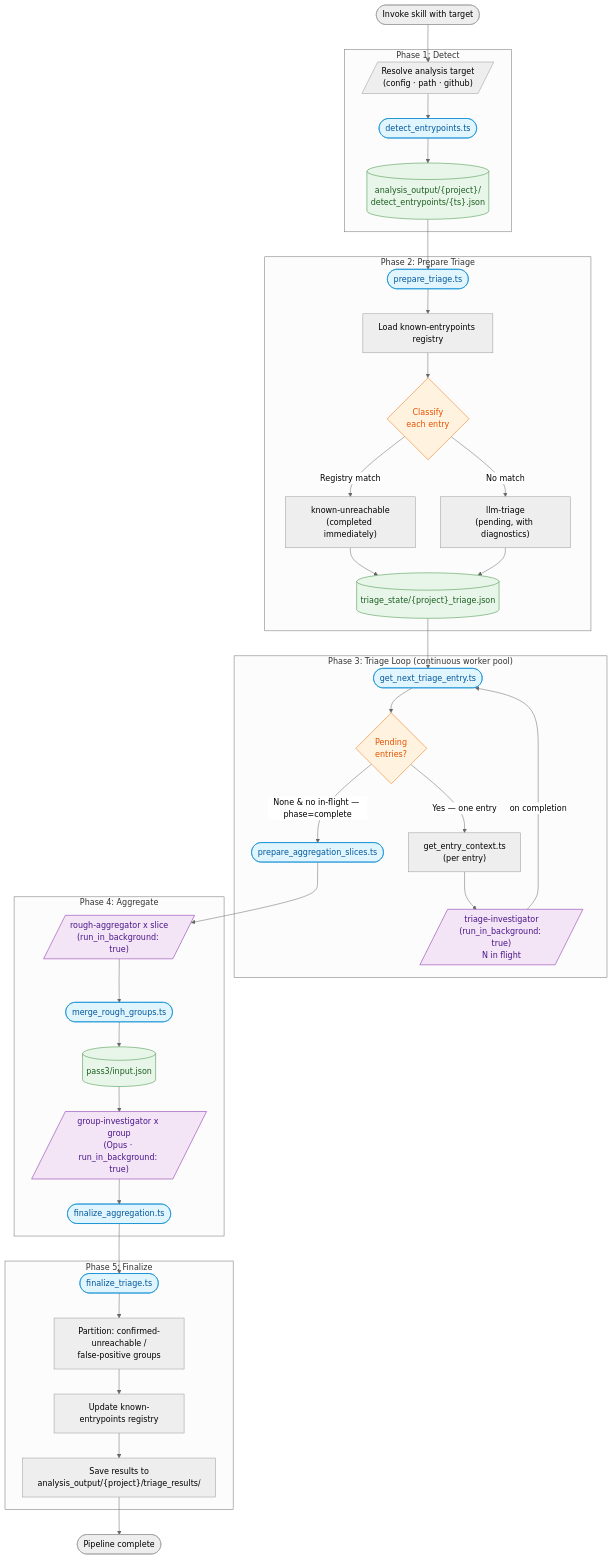
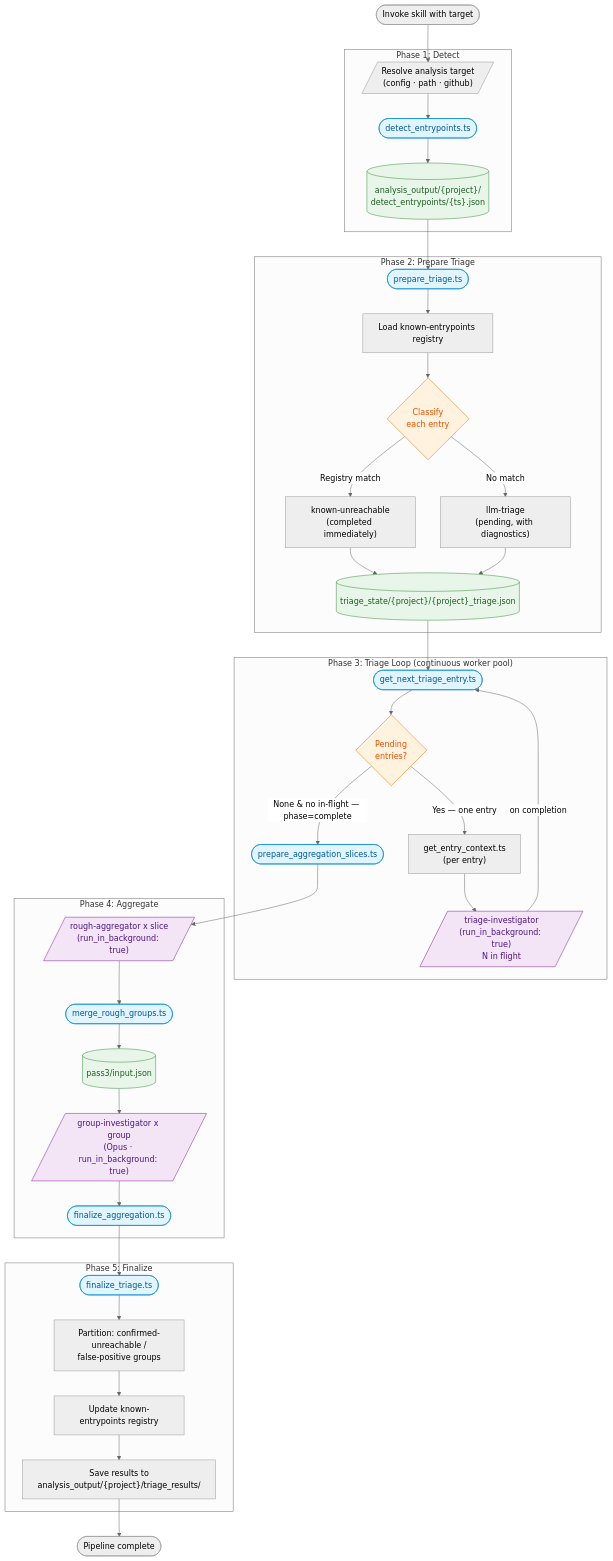
The diagram in .claude/skills/self-repair-pipeline/README.md (CRJFisher/ariadne), drawn with Mermaid (neutral theme) before and after one commit. The commit also changed other lines of this file and 60 other files, not shown here.

````diff
--- a/.claude/skills/self-repair-pipeline/README.md
+++ b/.claude/skills/self-repair-pipeline/README.md
@@ -7,68 +7,68 @@
 ```mermaid
 flowchart TD
     START(["Invoke skill with target"]) --> RESOLVE
 
     %% ── Phase 1: Detect ─────────────────────────────────────
     subgraph P1["Phase 1: Detect"]
         RESOLVE[/"Resolve analysis target<br/>(config · path · github)"/]
         RESOLVE --> DETECT(["detect_entrypoints.ts"])
         DETECT --> ANALYSIS[("analysis_output/{project}/<br/>detect_entrypoints/{ts}.json")]
     end
 
     ANALYSIS --> PREPARE
 
     %% ── Phase 2: Prepare Triage ──────────────────────────────
     subgraph P2["Phase 2: Prepare Triage"]
         PREPARE(["prepare_triage.ts"]) --> LOAD_REG["Load known-entrypoints registry"]
         LOAD_REG --> CLASSIFY{"Classify<br/>each entry"}
         CLASSIFY -->|"Registry match"| KNOWN_UR["known-unreachable<br/>(completed immediately)"]
         CLASSIFY -->|"No match"| LLM_TRIAGE["llm-triage<br/>(pending, with diagnostics)"]
         KNOWN_UR --> STATE
         LLM_TRIAGE --> STATE
-        STATE[("triage_state/{project}_triage.json")]
+        STATE[("triage_state/{project}/{project}_triage.json")]
     end
 
     STATE --> LOOP_ENTRY
 
     %% ── Phase 3: Triage Loop ─────────────────────────────────
     subgraph P3["Phase 3: Triage Loop (continuous worker pool)"]
         LOOP_ENTRY(["get_next_triage_entry.ts"]) --> POOL_CHECK{"Pending<br/>entries?"}
         POOL_CHECK -->|"Yes — one entry"| CONTEXT["get_entry_context.ts<br/>(per entry)"]
         CONTEXT --> INVESTIGATORS[/"triage-investigator<br/>(run_in_background: true)<br/>N in flight"/]
         INVESTIGATORS -->|"on completion"| LOOP_ENTRY
         POOL_CHECK -->|"None &amp; no in-flight — phase=complete"| AGG_START
     end
 
     %% ── Phase 4: Aggregate ───────────────────────────────────
     subgraph P4["Phase 4: Aggregate"]
         AGG_START(["prepare_aggregation_slices.ts"])
         AGG_START --> ROUGH[/"rough-aggregator x slice<br/>(run_in_background: true)"/]
         ROUGH --> MERGE_ROUGH(["merge_rough_groups.ts"])
         MERGE_ROUGH --> PASS3_INPUT[("pass3/input.json")]
         PASS3_INPUT --> INVESTIGATORS2[/"group-investigator x group<br/>(Opus · run_in_background: true)"/]
         INVESTIGATORS2 --> FINALIZE_AGG(["finalize_aggregation.ts"])
     end
 
     FINALIZE_AGG --> FINALIZE
 
     %% ── Phase 5: Finalize ────────────────────────────────────
     subgraph P5["Phase 5: Finalize"]
         FINALIZE(["finalize_triage.ts"])
         FINALIZE --> PARTITION["Partition: confirmed-unreachable /<br/>false-positive groups"]
         PARTITION --> UPD_REG["Update known-entrypoints registry"]
         UPD_REG --> SAVE["Save results to<br/>analysis_output/{project}/triage_results/"]
     end
 
     SAVE --> DONE(["Pipeline complete"])
 
     %% ── Styling ──────────────────────────────────────────────
     classDef script fill:#e1f5fe,stroke:#0288d1,color:#01579b
     classDef agent fill:#f3e5f5,stroke:#7b1fa2,color:#4a148c
     classDef decision fill:#fff3e0,stroke:#ef6c00,color:#e65100
     classDef data fill:#e8f5e9,stroke:#388e3c,color:#1b5e20
 
     class DETECT,PREPARE,FINALIZE,LOOP_ENTRY,AGG_START,MERGE_ROUGH,FINALIZE_AGG script
     class INVESTIGATORS,INVESTIGATORS2,ROUGH agent
     class CLASSIFY,POOL_CHECK decision
     class ANALYSIS,STATE,PASS3_INPUT data
 ```
````
